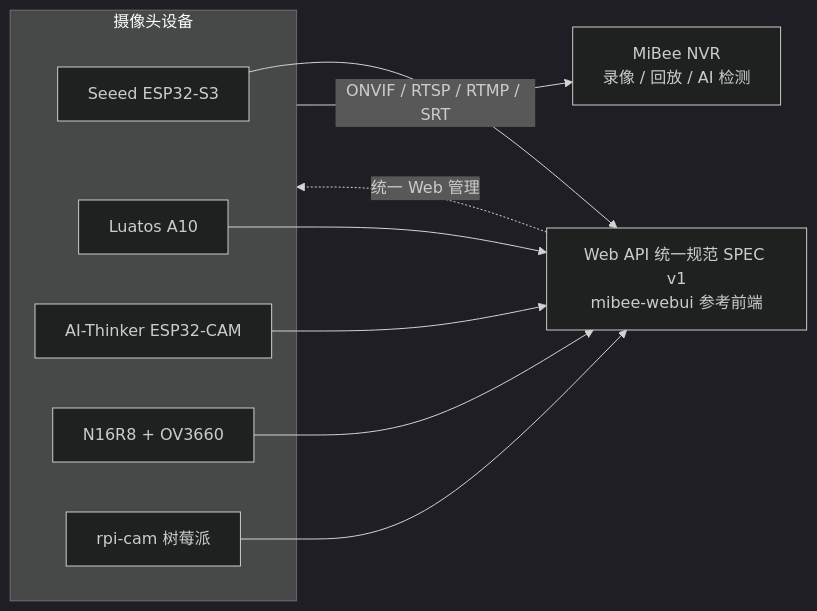
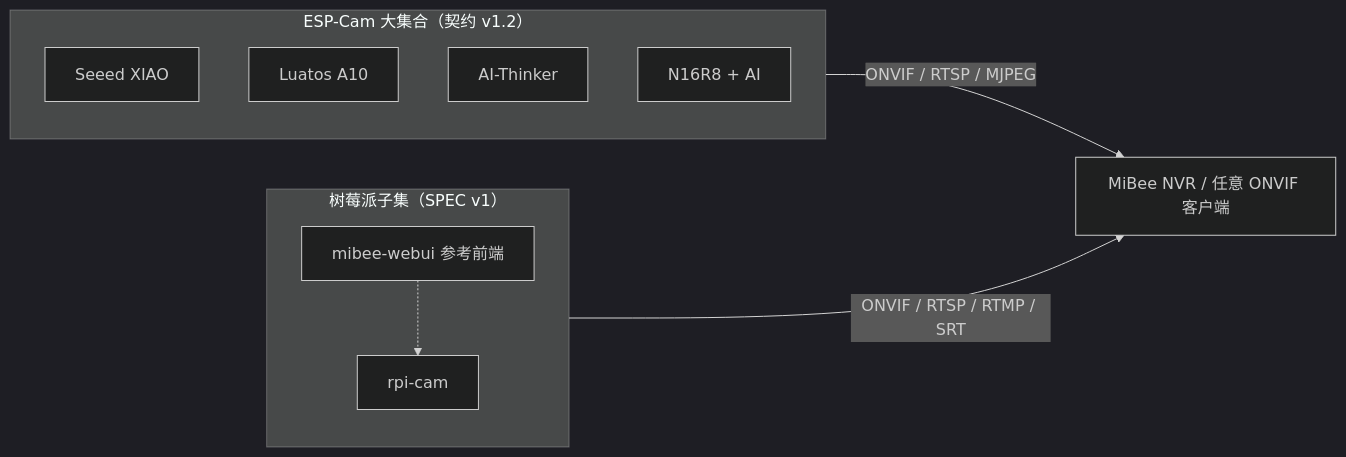
Before and after one commit to Mi-Bee-Studio/mibee-docs: the diagram in mibeecam/zh-CN/overview.md, drawn with Mermaid (dark theme). The commit also changed other lines of this file and 22 other files, not shown here.

First line of the commit message:
docs(mibeecam): ESP-Cam 大集合统一架构文档（espcam- 前缀）+ n16r8 中文页

````diff
--- a/mibeecam/zh-CN/overview.md
+++ b/mibeecam/zh-CN/overview.md
@@ -19,19 +26,16 @@
 ```mermaid
 flowchart LR
-    subgraph cameras [摄像头设备]
-        A[Seeed ESP32-S3]
+    subgraph espcam [ESP-Cam 大集合（契约 v1.2）]
+        A[Seeed XIAO]
         B[Luatos A10]
-        C[AI-Thinker ESP32-CAM]
-        D[N16R8 + OV3660]
-        E[rpi-cam 树莓派]
+        C[AI-Thinker]
+        D[N16R8 + AI]
     end
-    SPEC[Web API 统一规范 SPEC v1<br/>mibee-webui 参考前端]
-    NVR[MiBee NVR<br/>录像 / 回放 / AI 检测]
-    A --> SPEC
-    B --> SPEC
-    C --> SPEC
-    D --> SPEC
-    E --> SPEC
-    SPEC -.->|统一 Web 管理| cameras
-    cameras -->|ONVIF / RTSP / RTMP / SRT| NVR
+    subgraph raspi [树莓派子集（SPEC v1）]
+        E[rpi-cam]
+        W[mibee-webui 参考前端]
+    end
+    espcam -->|ONVIF / RTSP / MJPEG| NVR[MiBee NVR / 任意 ONVIF 客户端]
+    raspi -->|ONVIF / RTSP / RTMP / SRT| NVR
+    W -.-> E
 ```
````
